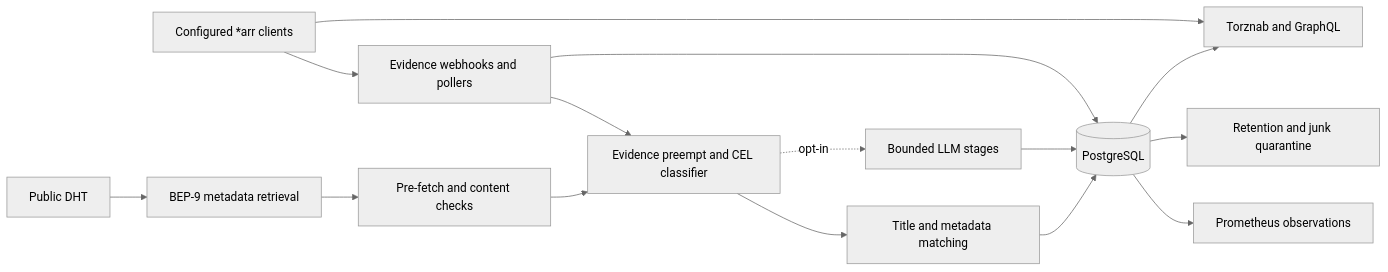
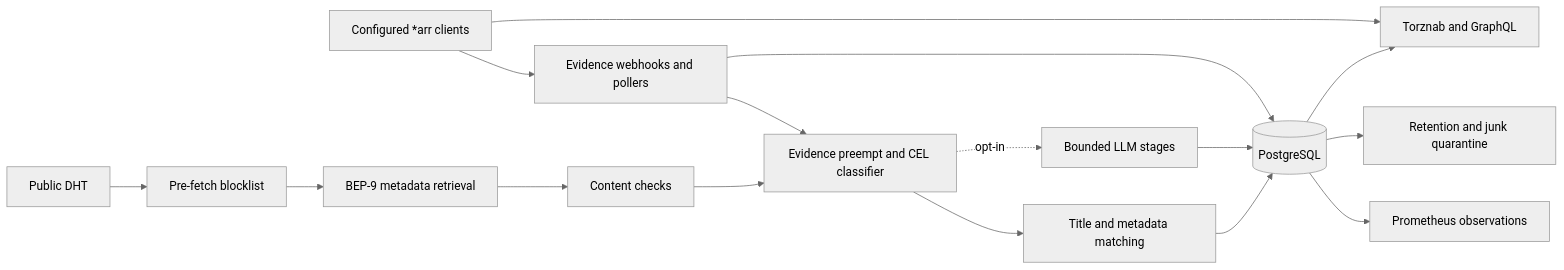
The diagram in docs/concepts/architecture.md (spencercnorton/bitagent), drawn with Mermaid (neutral theme) before and after one commit. The commit also changed 1 other file, not shown here.

Commit message:
docs: clarify headless pre-fetch flow and ignore Python check caches

````diff
--- a/docs/concepts/architecture.md
+++ b/docs/concepts/architecture.md
@@ -11,17 +11,18 @@
 ```mermaid
 flowchart LR
-  DHT[Public DHT] --> Fetch[BEP-9 metadata retrieval]
-  Fetch --> Filter[Pre-fetch and content checks]
+  DHT[Public DHT] --> Blocklist[Pre-fetch blocklist]
+  Blocklist --> Fetch[BEP-9 metadata retrieval]
+  Fetch --> Filter[Content checks]
   Filter --> Classifier[Evidence preempt and CEL classifier]
   Classifier --> Match[Title and metadata matching]
   Match --> PG[(PostgreSQL)]
   Classifier -. opt-in .-> LLM[Bounded LLM stages]
   LLM --> PG
   PG --> APIs[Torznab and GraphQL]
   Clients[Configured *arr clients] --> APIs
   Clients --> Evidence[Evidence webhooks and pollers]
   Evidence --> PG
   Evidence --> Classifier
   PG --> Cleanup[Retention and junk quarantine]
   PG --> Metrics[Prometheus observations]
 ```
````
